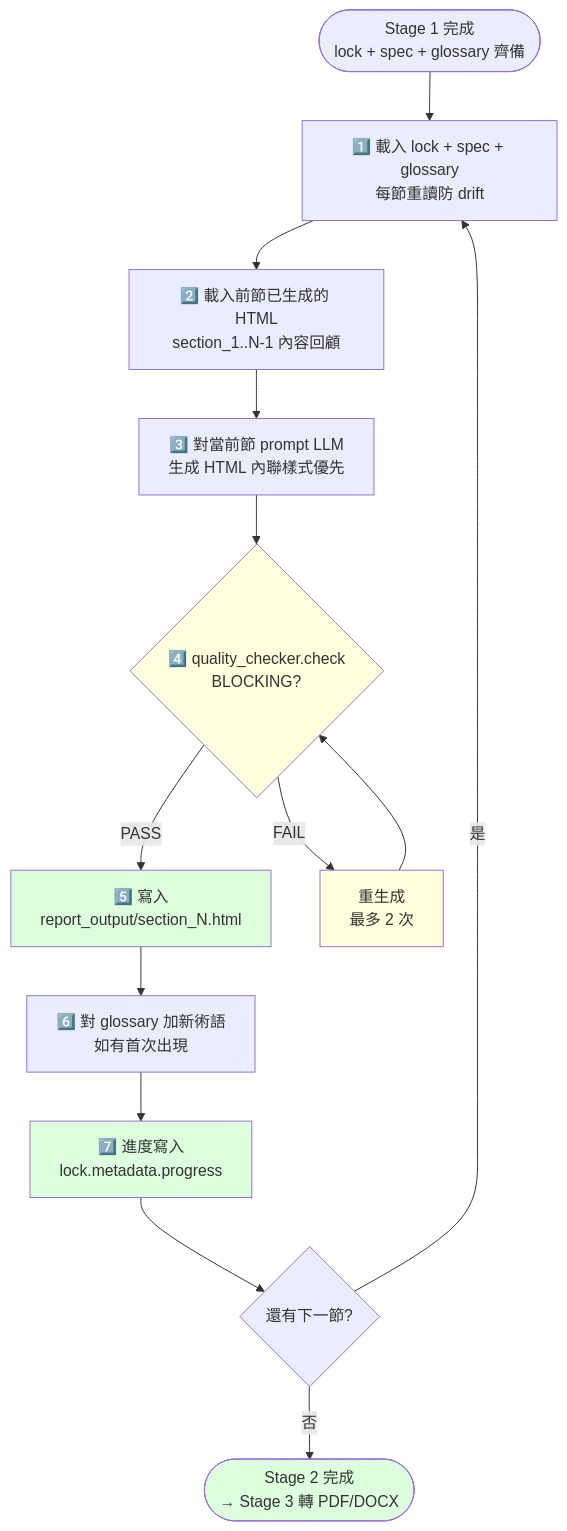
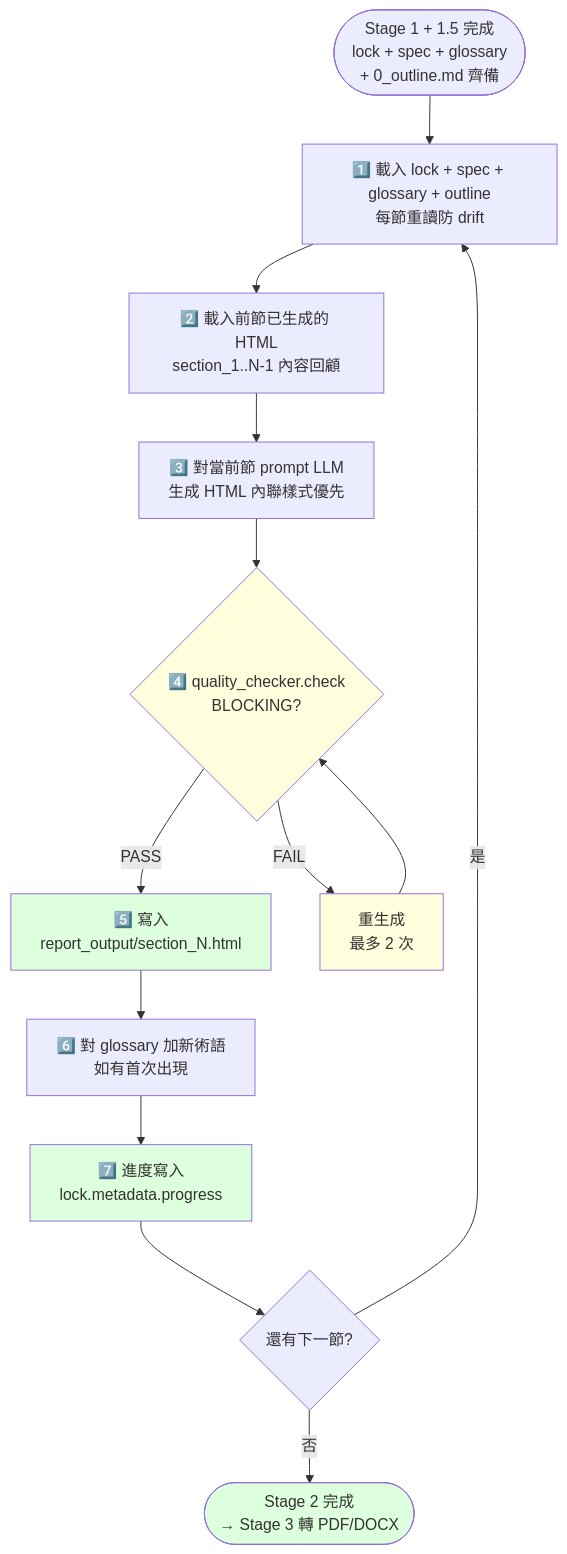
The diagram in references/executor-base.md (HTTP404Not-Found/Report-master), drawn with Mermaid before and after one commit. The commit also changed other lines of this file and 3 other files, not shown here.

````diff
--- a/references/executor-base.md
+++ b/references/executor-base.md
@@ -87,31 +103,31 @@
 ```mermaid
 flowchart TD
-    Start([Stage 1 完成<br/>lock + spec + glossary 齊備]) --> LoadCtx
+    Start([Stage 1 + 1.5 完成<br/>lock + spec + glossary<br/>+ 0_outline.md 齊備]) --> LoadCtx
 
-    LoadCtx[1️⃣ 載入 lock + spec + glossary<br/>每節重讀防 drift] --> LoadPrev
+    LoadCtx[1️⃣ 載入 lock + spec + glossary + outline<br/>每節重讀防 drift] --> LoadPrev
 
     LoadPrev[2️⃣ 載入前節已生成的 HTML<br/>section_1..N-1 內容回顧] --> Prompt
 
     Prompt[3️⃣ 對當前節 prompt LLM<br/>生成 HTML 內聯樣式優先] --> QC
 
     QC{4️⃣ quality_checker.check<br/>BLOCKING?} -->|PASS| Write
     QC -->|FAIL| Retry[重生成<br/>最多 2 次]
     Retry --> QC
 
     Write[5️⃣ 寫入<br/>report_output/section_N.html] --> Glossary
 
     Glossary[6️⃣ 對 glossary 加新術語<br/>如有首次出現] --> Progress
 
     Progress[7️⃣ 進度寫入<br/>lock.metadata.progress] --> Next{還有下一節?}
 
     Next -->|是| LoadCtx
     Next -->|否| Done
 
     Done([Stage 2 完成<br/>→ Stage 3 轉 PDF/DOCX])
 
     style QC fill:#ffd
     style Retry fill:#ffd
     style Write fill:#dfd
     style Progress fill:#dfd
     style Done fill:#dfd
 ```
````
